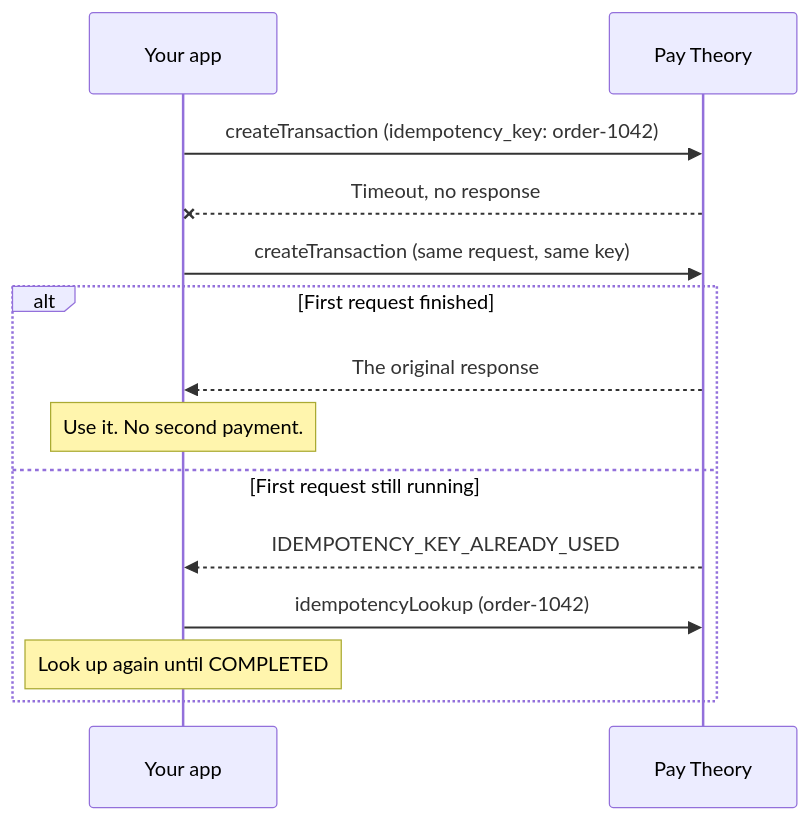
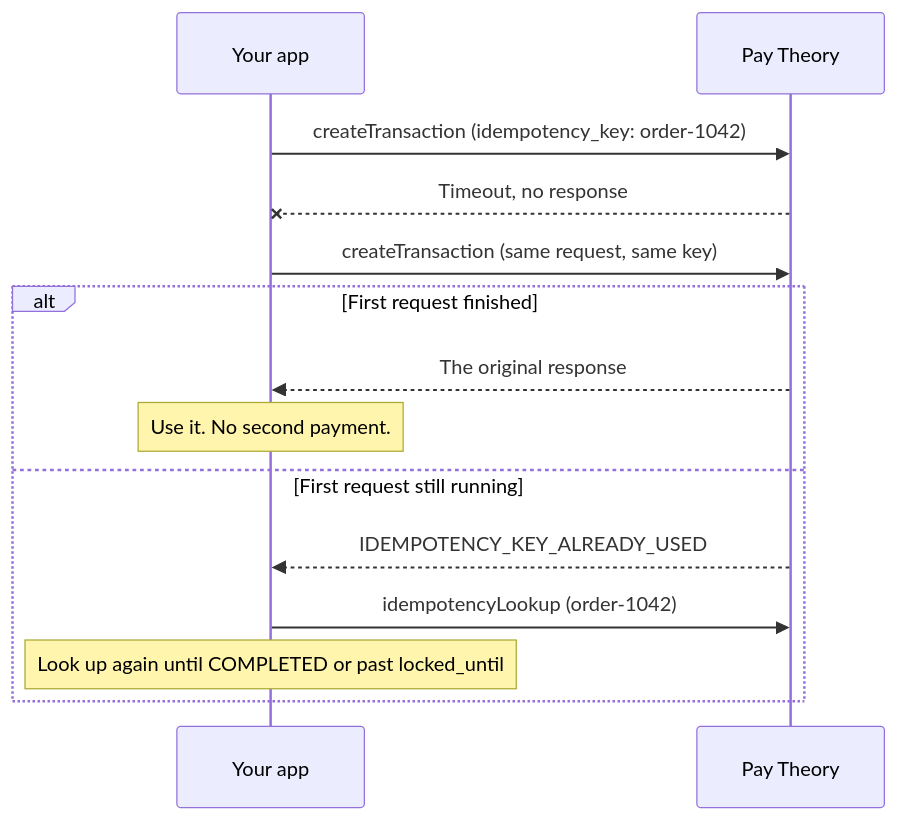
The diagram in versioned_docs/version-lab/main/online_payments/idempotency.mdx (pay-theory/pay-theory-documentation), drawn with Mermaid before and after one commit. The commit also changed other lines of this file and 37 other files, not shown here.

````diff
--- a/versioned_docs/version-lab/main/online_payments/idempotency.mdx
+++ b/versioned_docs/version-lab/main/online_payments/idempotency.mdx
@@ -209,16 +216,16 @@
 ```mermaid
 sequenceDiagram
     participant App as Your app
     participant PT as Pay Theory
     App->>PT: createTransaction (idempotency_key: order-1042)
     PT--xApp: Timeout, no response
     App->>PT: createTransaction (same request, same key)
     alt First request finished
         PT-->>App: The original response
         Note over App: Use it. No second payment.
     else First request still running
         PT-->>App: IDEMPOTENCY_KEY_ALREADY_USED
         App->>PT: idempotencyLookup (order-1042)
-        Note over App: Look up again until COMPLETED
+        Note over App: Look up again until COMPLETED or past locked_until
     end
 ```
````
